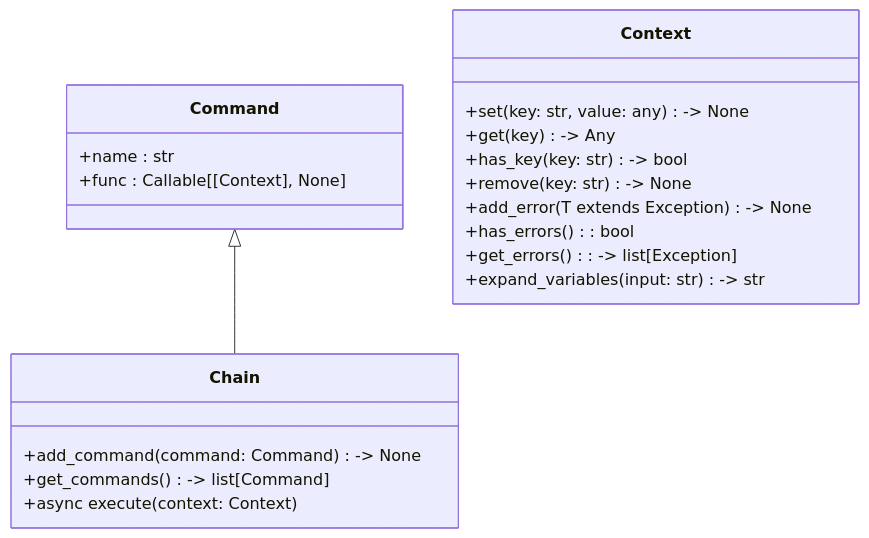
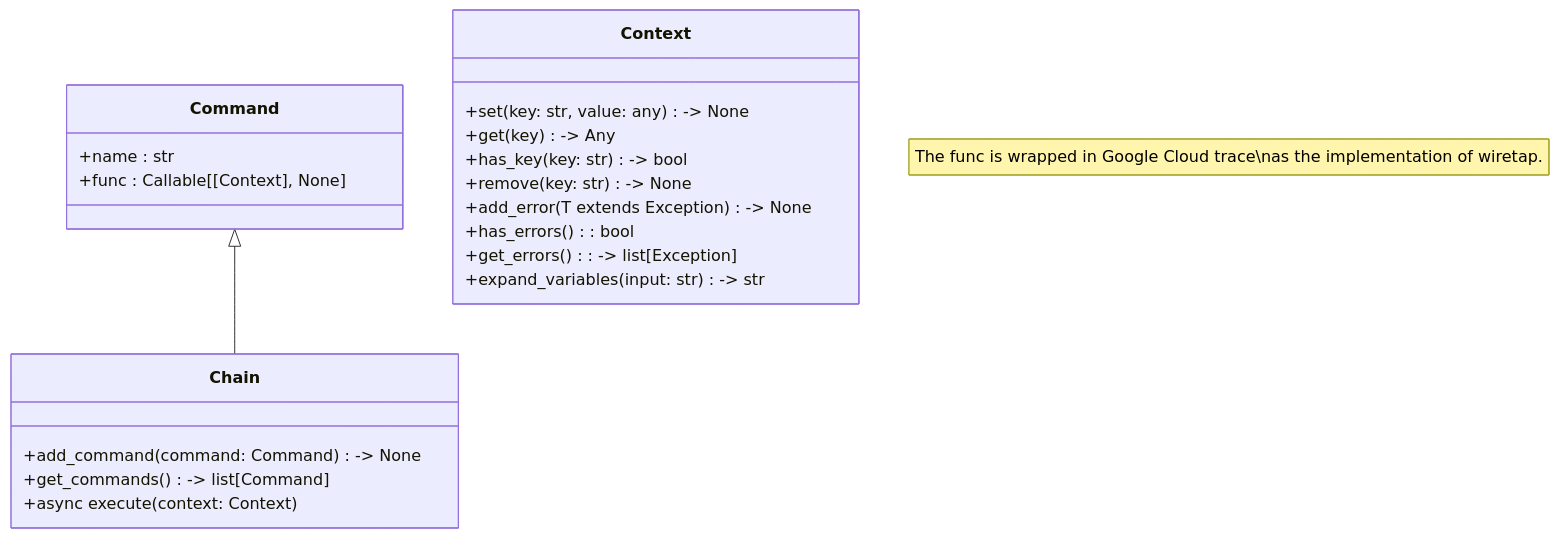
One commit to rrmcguinness/gemini-content-enrichment changed the diagram in docs/workflow.md. Above: the diagram before and after it, drawn with Mermaid.

Commit message:
Updating workflow document

````diff
--- a/docs/workflow.md
+++ b/docs/workflow.md
@@ -26,25 +26,26 @@
 ```mermaid
 classDiagram
     Command <|-- Chain
     
     class Context {
         +set(key: str, value: any) -> None
         +get(key) -> Any
         +has_key(key: str) -> bool
         +remove(key: str) -> None
         +add_error(T extends Exception) -> None
         +has_errors(): bool
         +get_errors(): -> list[Exception]
         +expand_variables(input: str) -> str
     }
+    note "The func is wrapped in Google Cloud trace\nas the implementation of wiretap."
     class Command {
         +name : str
         +func : Callable[[Context], None]
     }
     class Chain {
         +add_command(command: Command) -> None
         +get_commands() -> list[Command]
         +async execute(context: Context)
     }
     
 ```
````
